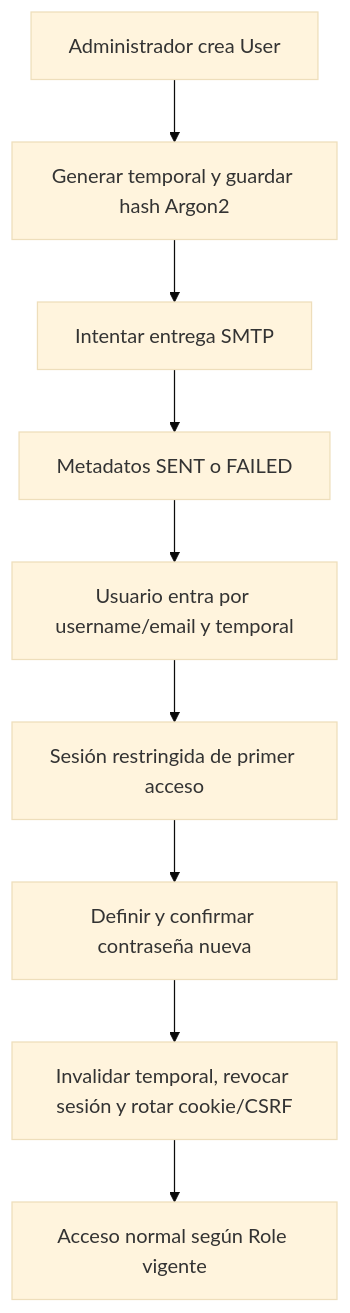
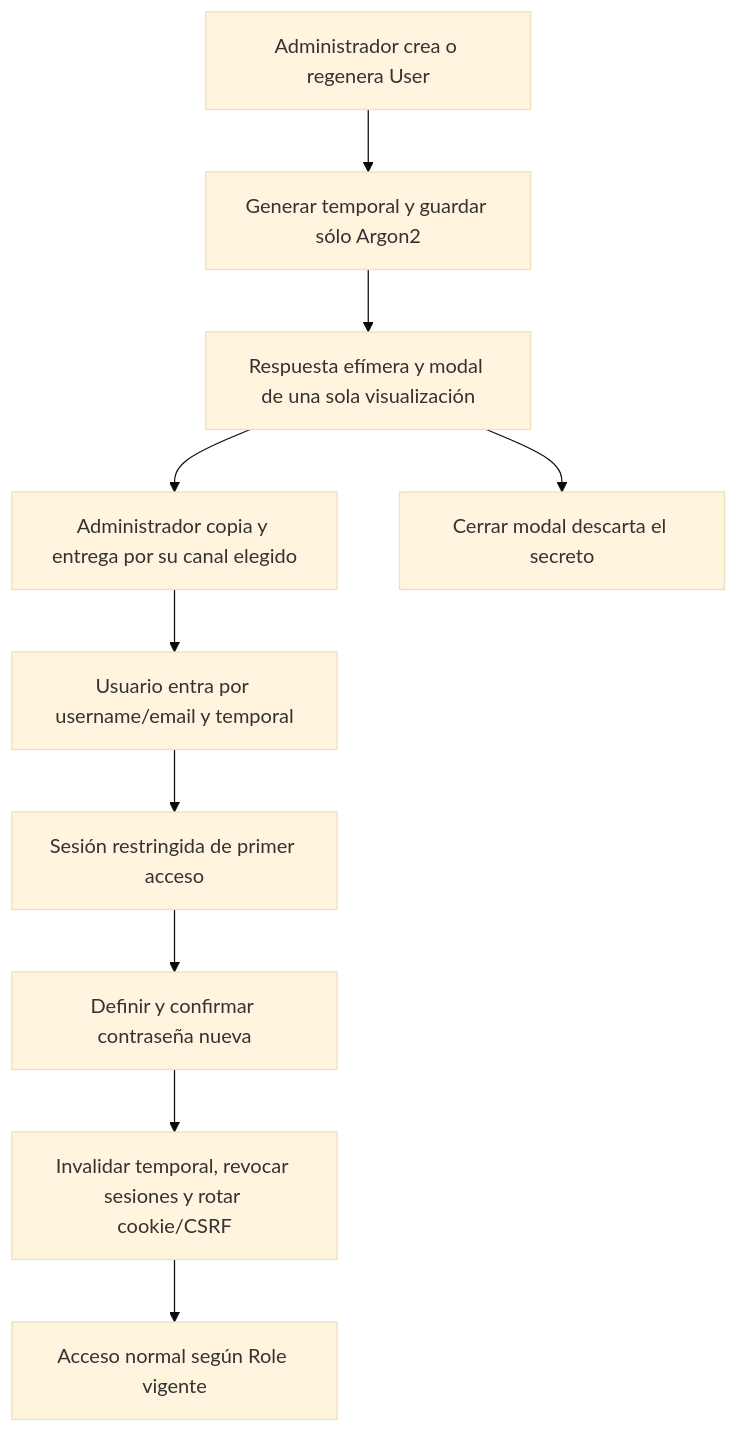
One commit to eddiesan422/TrackvanceCore changed the fourth of 4 diagrams in docs/development/identity-060.md. Above: the diagram before and after it, drawn with Mermaid (base theme). The commit also changed other lines of this file and 52 other files, not shown here.

````diff
--- a/docs/development/identity-060.md
+++ b/docs/development/identity-060.md
@@ -127,11 +135,12 @@
 ```mermaid
 flowchart TD
-    A[Administrador crea User] --> H[Generar temporal y guardar hash Argon2]
-    H --> M[Intentar entrega SMTP]
-    M --> S[Metadatos SENT o FAILED]
-    S --> L[Usuario entra por username/email y temporal]
+    A[Administrador crea o regenera User] --> H[Generar temporal y guardar sólo Argon2]
+    H --> M[Respuesta efímera y modal de una sola visualización]
+    M --> C[Administrador copia y entrega por su canal elegido]
+    M --> D[Cerrar modal descarta el secreto]
+    C --> L[Usuario entra por username/email y temporal]
     L --> R[Sesión restringida de primer acceso]
     R --> P[Definir y confirmar contraseña nueva]
-    P --> V[Invalidar temporal, revocar sesión y rotar cookie/CSRF]
+    P --> V[Invalidar temporal, revocar sesiones y rotar cookie/CSRF]
     V --> N[Acceso normal según Role vigente]
 ```
````
